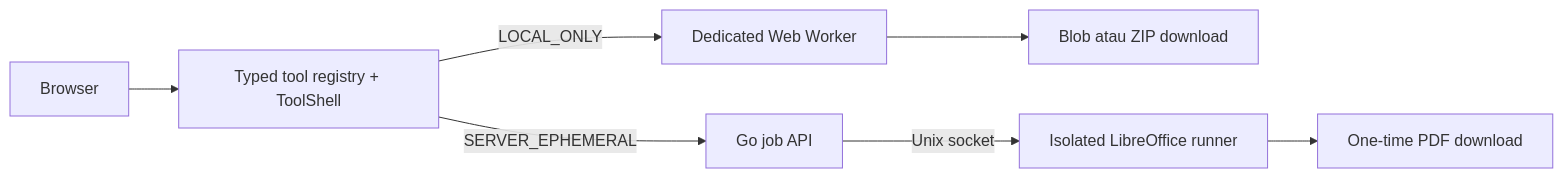
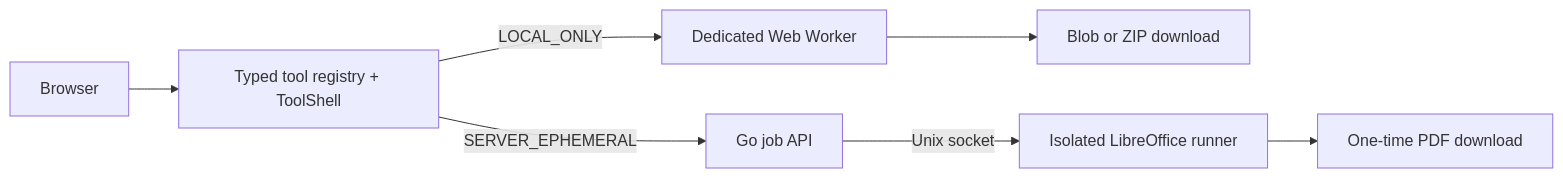
One commit to idkhalid/aio-tools-converter changed the diagram in README.md. Above: the diagram before and after it, drawn with Mermaid. The commit also changed other lines of this file, not shown here.

````diff
--- a/README.md
+++ b/README.md
@@ -43,9 +43,9 @@
 ```mermaid
 flowchart LR
     U[Browser] --> R[Typed tool registry + ToolShell]
     R -->|LOCAL_ONLY| W[Dedicated Web Worker]
-    W --> B[Blob atau ZIP download]
+    W --> B[Blob or ZIP download]
     R -->|SERVER_EPHEMERAL| A[Go job API]
     A -->|Unix socket| O[Isolated LibreOffice runner]
     O --> D[One-time PDF download]
 ```
````
